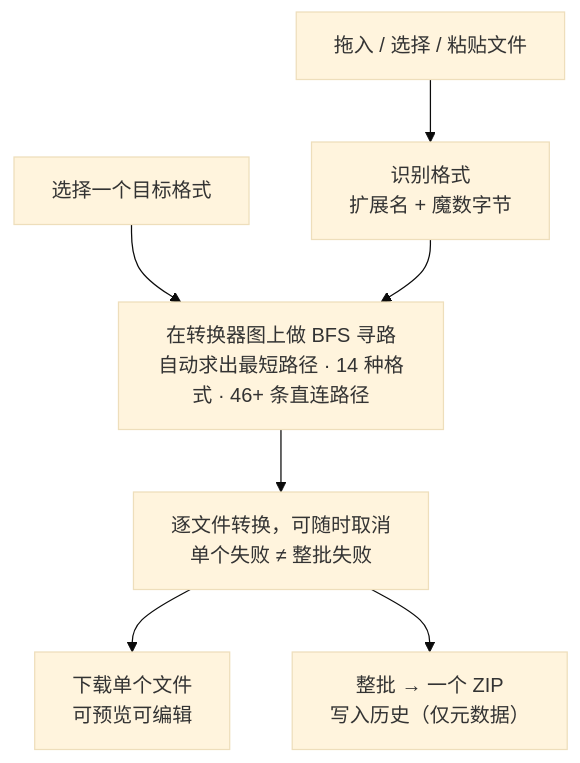
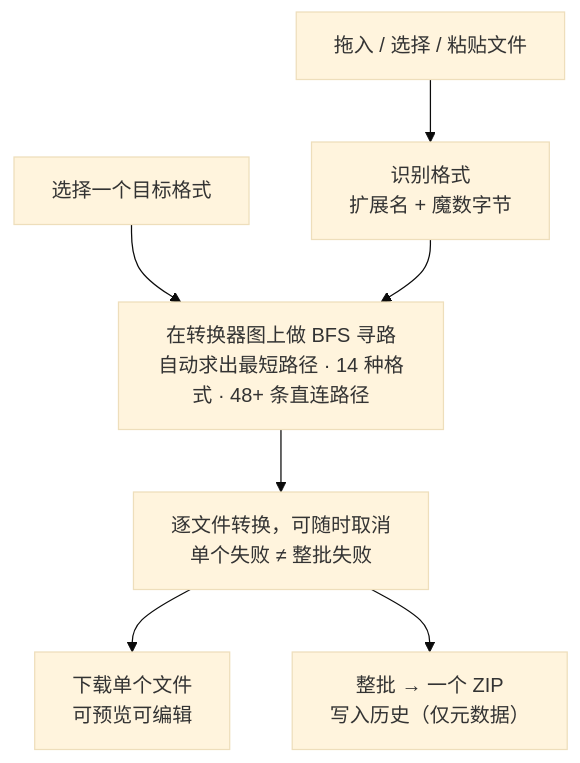
The diagram in README.md (liaolongdong/transfer-any-file), drawn with Mermaid (base theme) before and after one commit. The commit also changed other lines of this file and 38 other files, not shown here.

````diff
--- a/README.md
+++ b/README.md
@@ -94,9 +94,9 @@
 ```mermaid
 flowchart TD
   A["拖入 / 选择 / 粘贴文件"] --> C["识别格式<br/>扩展名 + 魔数字节"]
-  B["选择一个目标格式"] --> D["在转换器图上做 BFS 寻路<br/>自动求出最短路径 · 14 种格式 · 46+ 条直连路径"]
+  B["选择一个目标格式"] --> D["在转换器图上做 BFS 寻路<br/>自动求出最短路径 · 14 种格式 · 48+ 条直连路径"]
   C --> D
   D --> E["逐文件转换，可随时取消<br/>单个失败 ≠ 整批失败"]
   E --> F["下载单个文件<br/>可预览可编辑"]
   E --> G["整批 → 一个 ZIP<br/>写入历史（仅元数据）"]
 ```
````
